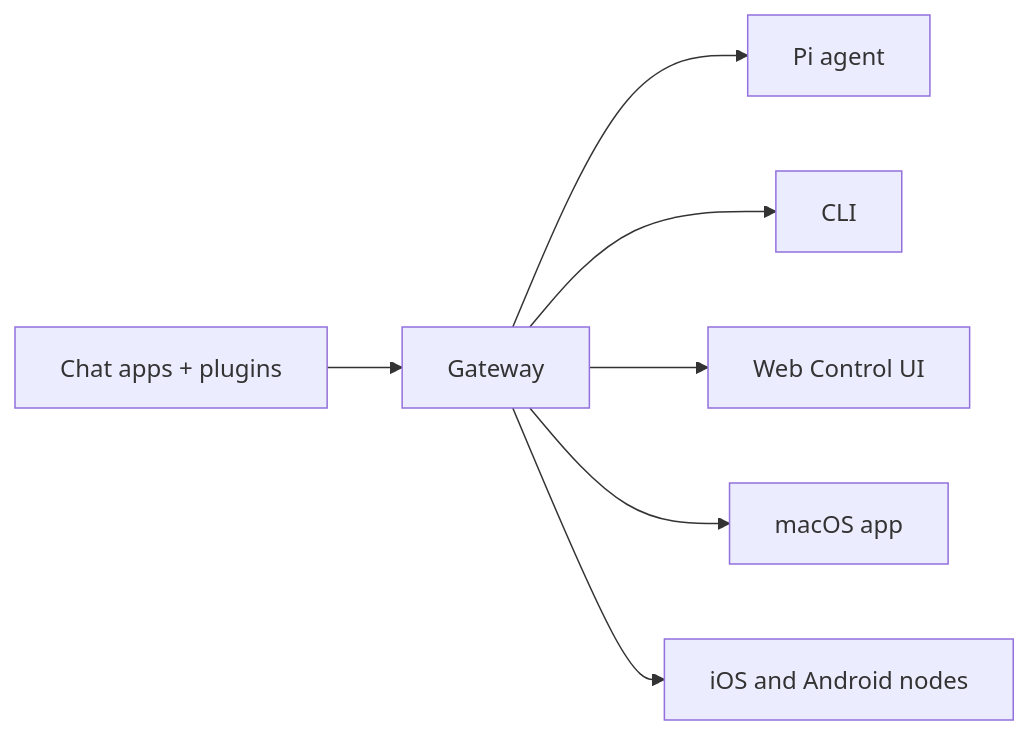
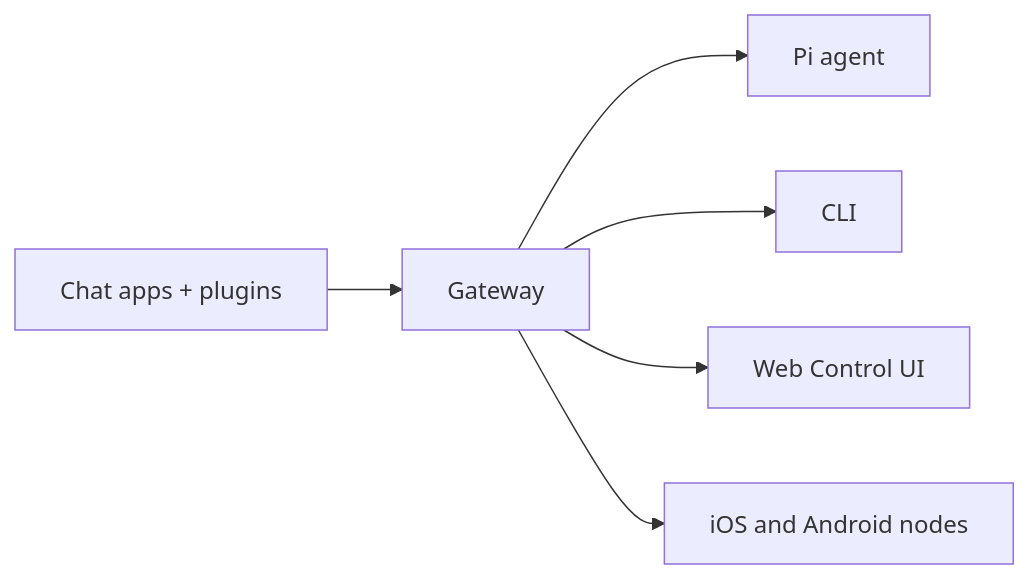
Before and after one commit to vishalgojha/propai-sync: the diagram in docs/zh-CN/index.md, drawn with Mermaid. The commit also changed 1053 other files, not shown here.

````diff
--- a/docs/zh-CN/index.md
+++ b/docs/zh-CN/index.md
@@ -55,9 +55,8 @@
 ```mermaid
 flowchart LR
   A["Chat apps + plugins"] --> B["Gateway"]
   B --> C["Pi agent"]
   B --> D["CLI"]
   B --> E["Web Control UI"]
-  B --> F["macOS app"]
   B --> G["iOS and Android nodes"]
 ```
````
